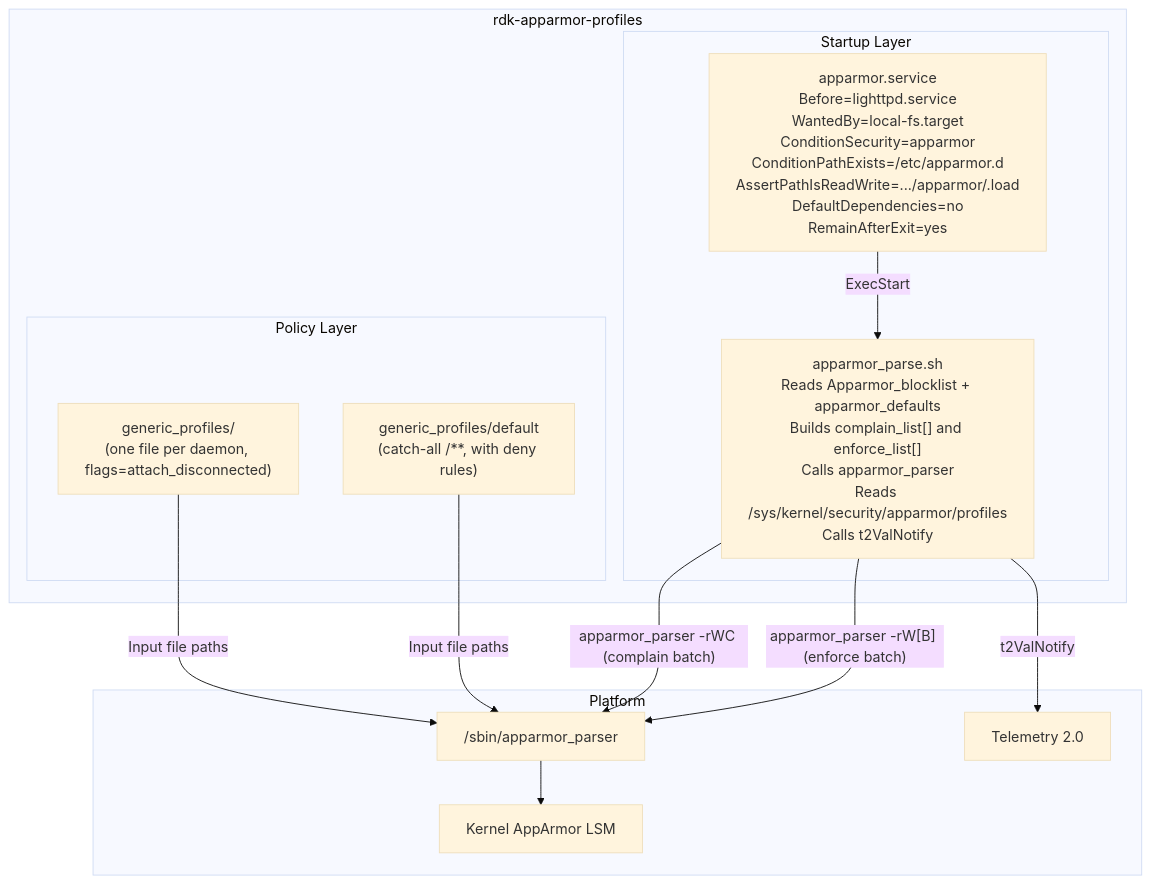
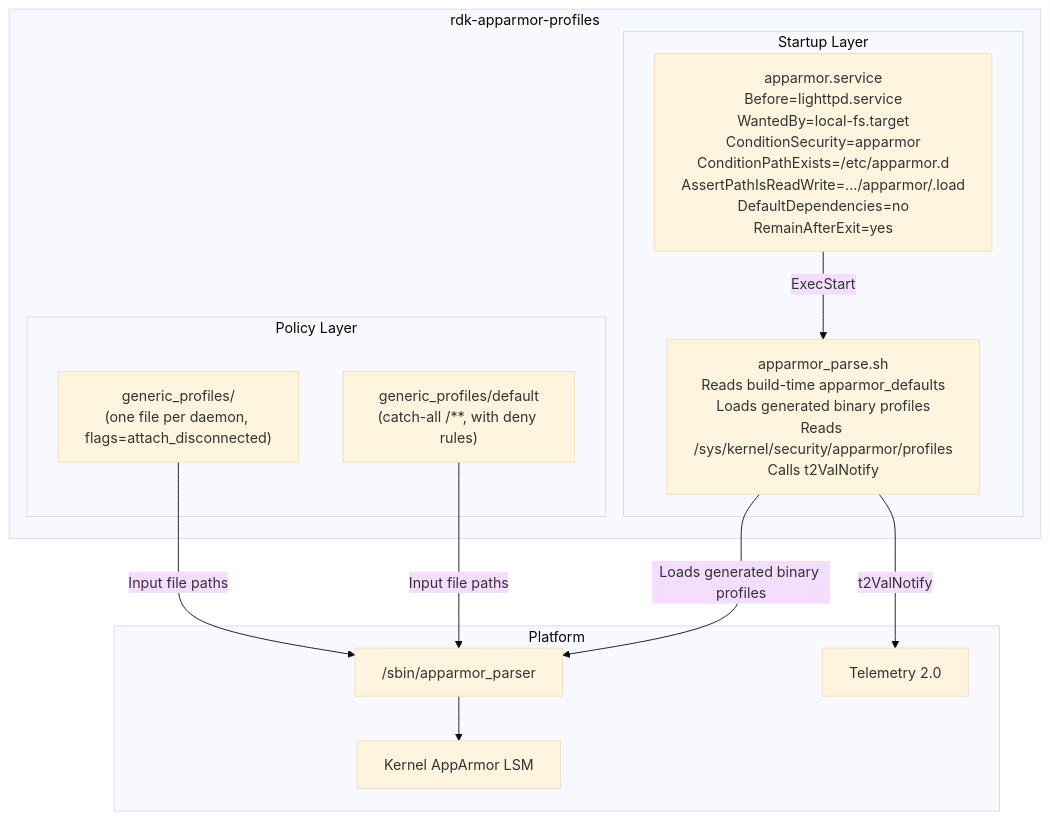
Before and after one commit to rdkcentral/rdk-apparmor-profiles: the third of 8 diagrams in README.md, drawn with Mermaid (base theme). The commit also changed other lines of this file, not shown here.

````diff
--- a/README.md
+++ b/README.md
@@ -114,27 +111,26 @@
 ```mermaid
 graph TD
     subgraph ComponentBoundary ["rdk-apparmor-profiles"]
         subgraph StartupLayer ["Startup Layer"]
             SVC["apparmor.service\nBefore=lighttpd.service\nWantedBy=local-fs.target\nConditionSecurity=apparmor\nConditionPathExists=/etc/apparmor.d\nAssertPathIsReadWrite=.../apparmor/.load\nDefaultDependencies=no\nRemainAfterExit=yes"]
-            SH["apparmor_parse.sh\nReads Apparmor_blocklist + apparmor_defaults\nBuilds complain_list[] and enforce_list[]\nCalls apparmor_parser\nReads /sys/kernel/security/apparmor/profiles\nCalls t2ValNotify"]
+            SH["apparmor_parse.sh\nReads build-time apparmor_defaults\nLoads generated binary profiles\nReads /sys/kernel/security/apparmor/profiles\nCalls t2ValNotify"]
         end
         subgraph PolicyLayer ["Policy Layer"]
             PROFILES["generic_profiles/\n(one file per daemon, flags=attach_disconnected)"]
             DEFAULT_PROF["generic_profiles/default\n(catch-all /**, with deny rules)"]
         end
     end
 
     subgraph PlatformLayer ["Platform"]
         PARSER["/sbin/apparmor_parser"]
         KERNEL["Kernel AppArmor LSM"]
         T2["Telemetry 2.0"]
     end
 
     SVC -->|ExecStart| SH
-    SH -->|"apparmor_parser -rWC (complain batch)"| PARSER
-    SH -->|"apparmor_parser -rW[B] (enforce batch)"| PARSER
+    SH -->|"Loads generated binary profiles"| PARSER
     PROFILES -->|"Input file paths"| PARSER
     DEFAULT_PROF -->|"Input file paths"| PARSER
     PARSER --> KERNEL
     SH -->|t2ValNotify| T2
 ```
````
